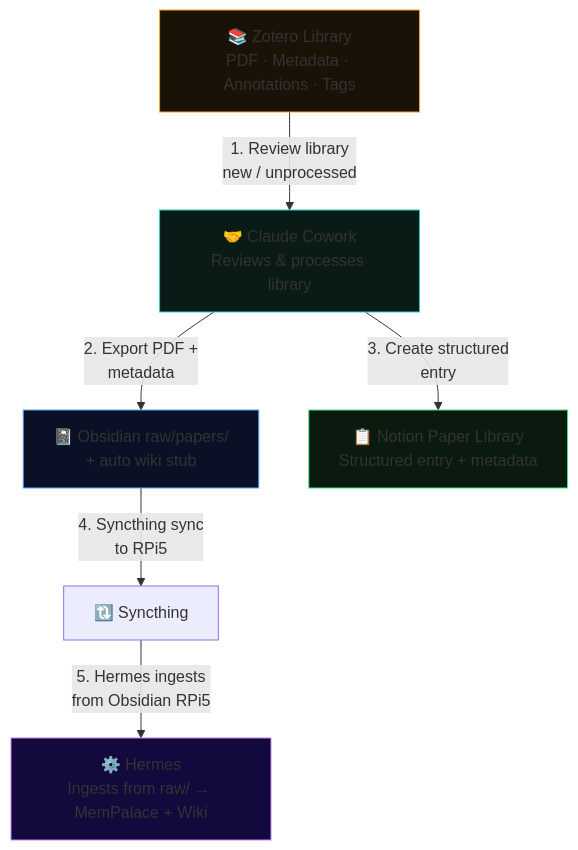
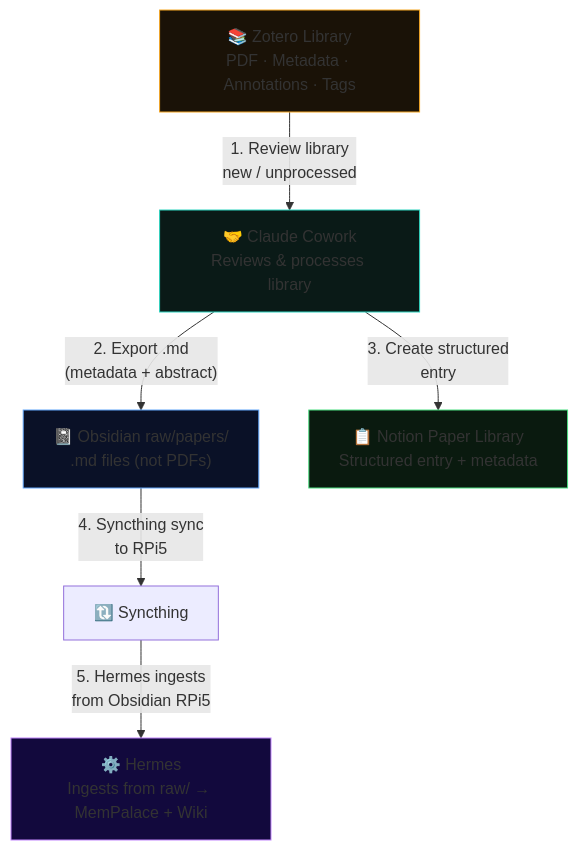
The fourth of 7 diagrams in README-en.md (omankz/Hermes-Agent---Claude-Cowork---Notion---Obsidian), drawn with Mermaid before and after one commit. The commit also changed other lines of this file, not shown here.

````diff
--- a/README-en.md
+++ b/README-en.md
@@ -543,30 +544,30 @@
 ```mermaid
 flowchart TD
     Z["📚 Zotero Library
 PDF · Metadata · Annotations · Tags"]
     CW["🤝 Claude Cowork
 Reviews & processes library"]
     OB["📓 Obsidian raw/papers/
-+ auto wiki stub"]
+.md files (not PDFs)"]
     NT["📋 Notion Paper Library
 Structured entry + metadata"]
     H["⚙️ Hermes
 Ingests from raw/ → MemPalace + Wiki"]
 
     Z -->|"1. Review library
 new / unprocessed"| CW
-    CW -->|"2. Export PDF +
-metadata"| OB
+    CW -->|"2. Export .md
+(metadata + abstract)"| OB
     CW -->|"3. Create structured
 entry"| NT
     OB -->|"4. Syncthing sync
 to RPi5"| S2["🔃 Syncthing"]
     S2 -->|"5. Hermes ingests
 from Obsidian RPi5"| H
 
     style Z fill:#1a1207,stroke:#f5a623
     style CW fill:#0a1a17,stroke:#2dd4bf
     style OB fill:#0a1127,stroke:#60a5fa
     style NT fill:#0a1a0f,stroke:#4ade80
     style H fill:#12093d,stroke:#c084fc
 ```
````
